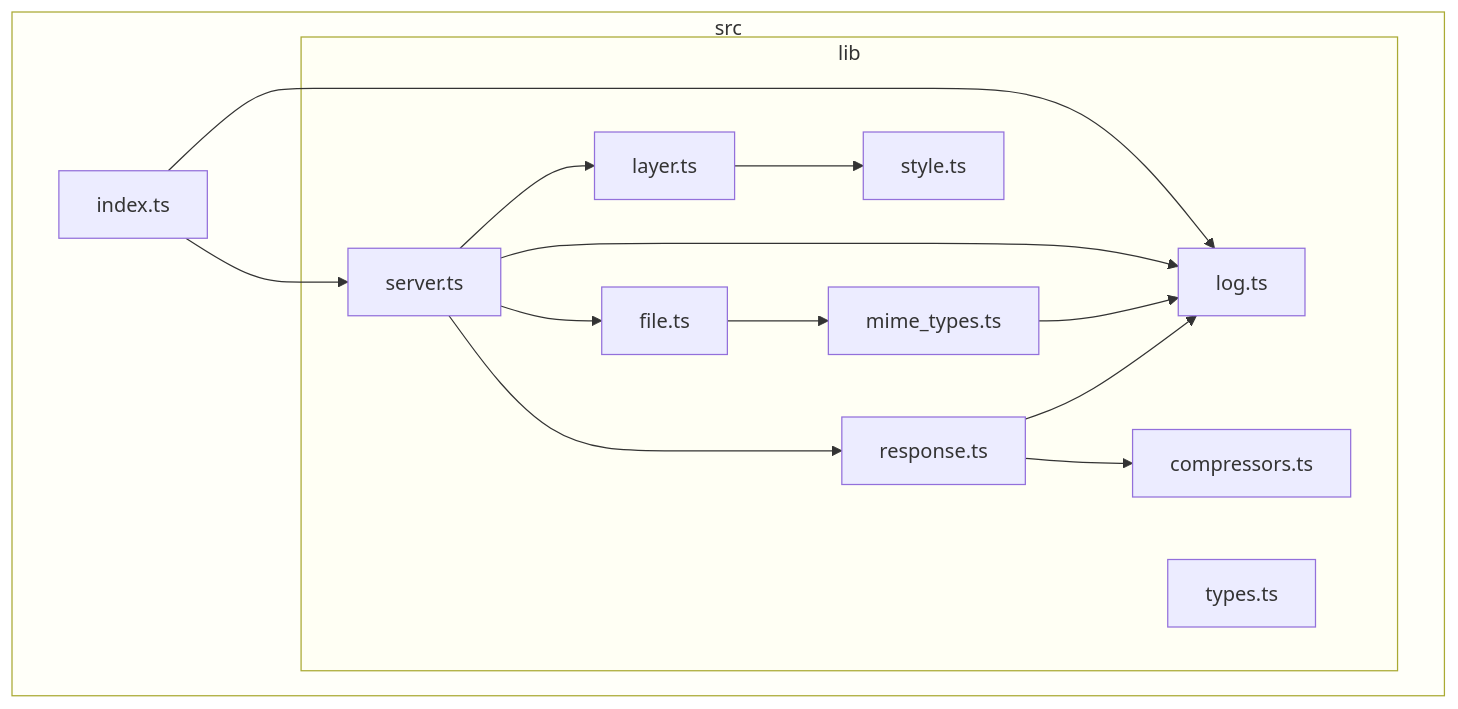
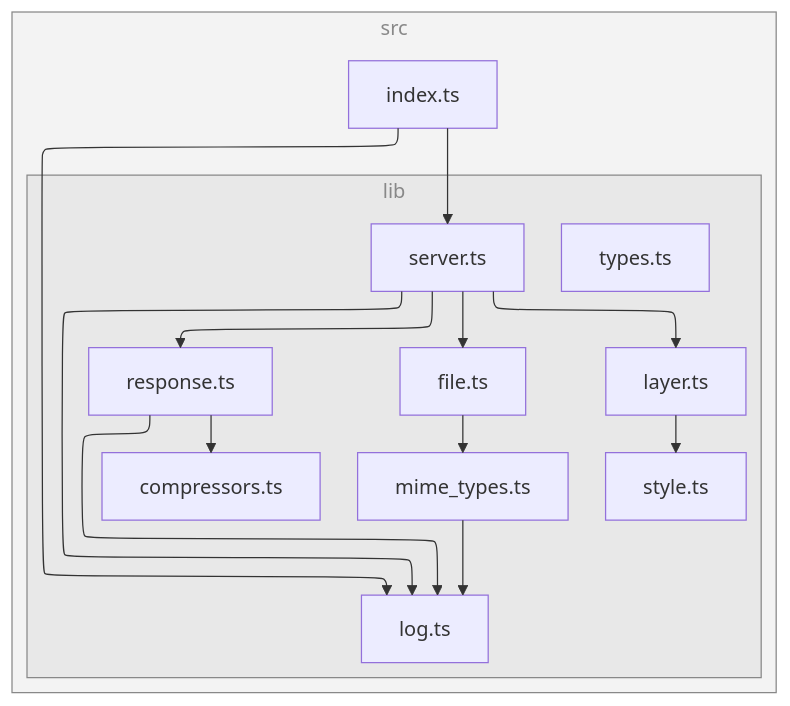
One commit to versatiles-org/node-versatiles-server changed the diagram in README.md. Above: the diagram before and after it, drawn with Mermaid.

Commit message:
fix: update mermaid configuration for dependency graph layout

````diff
--- a/README.md
+++ b/README.md
@@ -62,32 +62,36 @@
 ```mermaid
+---
+config:
+  layout: elk
+---
 flowchart TB
 
 subgraph 0["src"]
 1["index.ts"]
 subgraph 2["lib"]
 3["log.ts"]
 4["server.ts"]
 5["file.ts"]
 6["mime_types.ts"]
 7["layer.ts"]
 8["style.ts"]
 9["response.ts"]
 A["compressors.ts"]
 B["types.ts"]
 end
 end
 1-->3
 1-->4
 4-->5
 4-->7
 4-->3
 4-->9
 5-->6
 6-->3
 7-->8
 9-->A
 9-->3
 
-style 0 fill-opacity:0.2
-style 2 fill-opacity:0.2
+class 0,2 subgraphs;
+classDef subgraphs fill-opacity:0.1, fill:#888, color:#888, stroke:#888;
 ```
````
